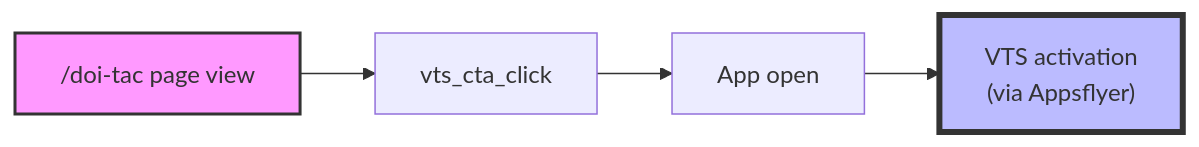
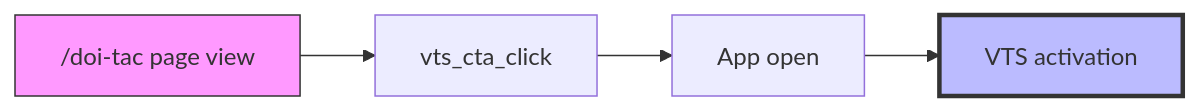
Before and after one commit to vanhien26/hienho-knowledgebase: the second of 4 diagrams in 04_USE_CASE_MOMO/doi-tac-brd.md, drawn with Mermaid. The commit also changed other lines of this file and 27 other files, not shown here.

````diff
--- a/04_USE_CASE_MOMO/doi-tac-brd.md
+++ b/04_USE_CASE_MOMO/doi-tac-brd.md
@@ -447,9 +347,9 @@
 ```mermaid
 graph LR
     A["/doi-tac page view"] --> B["vts_cta_click"]
     B --> C["App open"]
-    C --> D["VTS activation<br/>(via Appsflyer)"]
+    C --> D["VTS activation"]
     
-    style A fill:#f9f,stroke:#333,stroke-width:2px
-    style D fill:#bbf,stroke:#333,stroke-width:4px
+    style A fill:#f9f,stroke:#333
+    style D fill:#bbf,stroke:#333,stroke-width:3px
 ```
````
